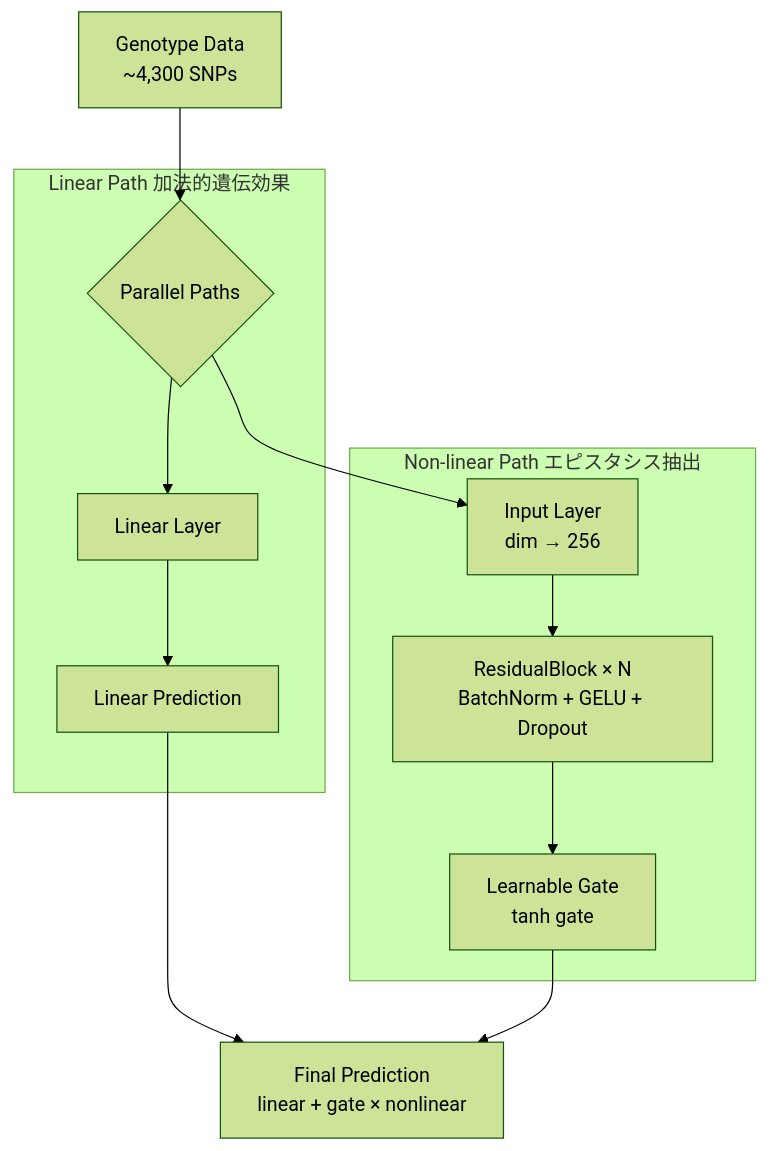
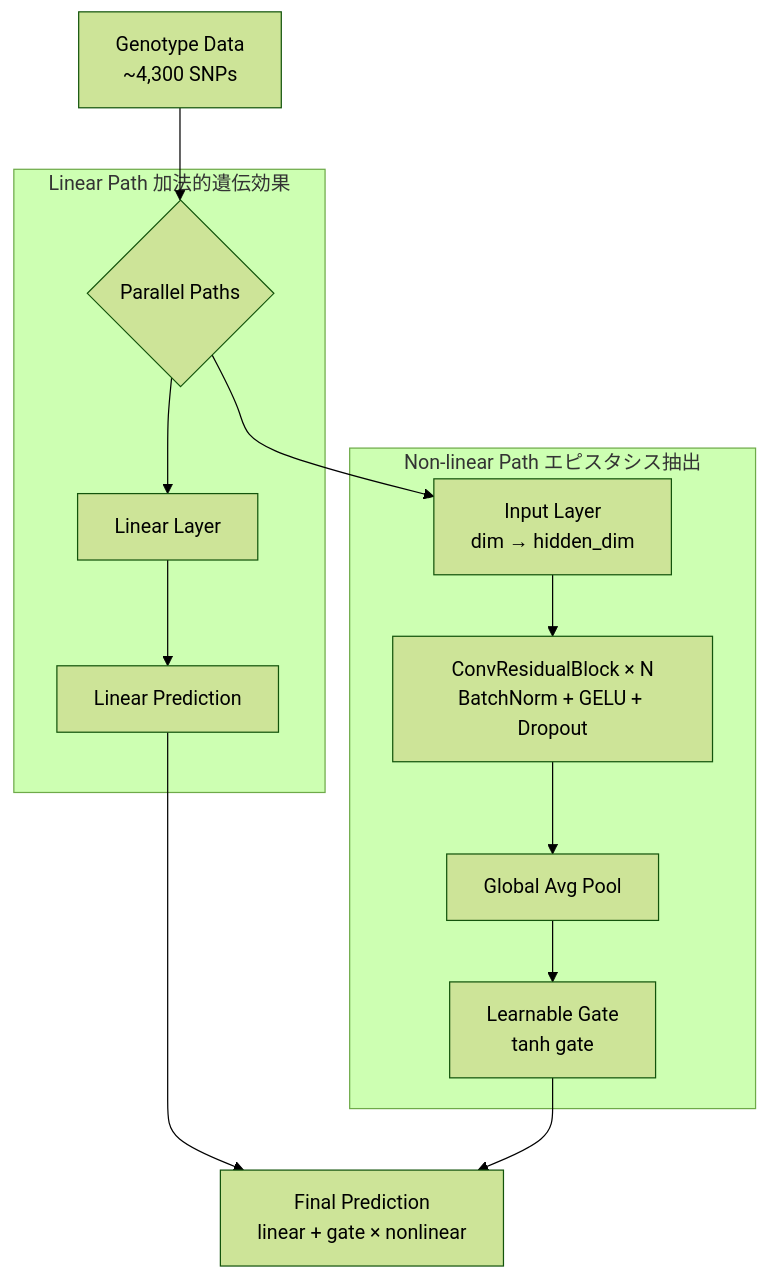
The first of 2 diagrams in README.md (hoso-jpn/genomic-prediction-resnet-hybrid), drawn with Mermaid (forest theme) before and after one commit. The commit also changed other lines of this file and 7 other files, not shown here.

First line of the commit message:
feat: Add GNN model (GraphGenomicNet) and fix critical bugs

````diff
--- a/README.md
+++ b/README.md
@@ -8,18 +12,19 @@
 ```mermaid
 graph TD
     A[Genotype Data\n~4,300 SNPs] --> B{Parallel Paths}
 
     subgraph "Linear Path  加法的遺伝効果"
         B --> C[Linear Layer]
         C --> D[Linear Prediction]
     end
 
     subgraph "Non-linear Path  エピスタシス抽出"
-        B --> E[Input Layer\ndim → 256]
-        E --> F[ResidualBlock × N\nBatchNorm + GELU + Dropout]
-        F --> G[Learnable Gate\ntanh gate ]
+        B --> E[Input Layer\ndim → hidden_dim]
+        E --> F[ConvResidualBlock × N\nBatchNorm + GELU + Dropout]
+        F --> G[Global Avg Pool]
+        G --> H[Learnable Gate\ntanh gate]
     end
 
-    D --> H[Final Prediction\nlinear + gate × nonlinear]
-    G --> H
+    D --> I[Final Prediction\nlinear + gate × nonlinear]
+    H --> I
 ```
````
